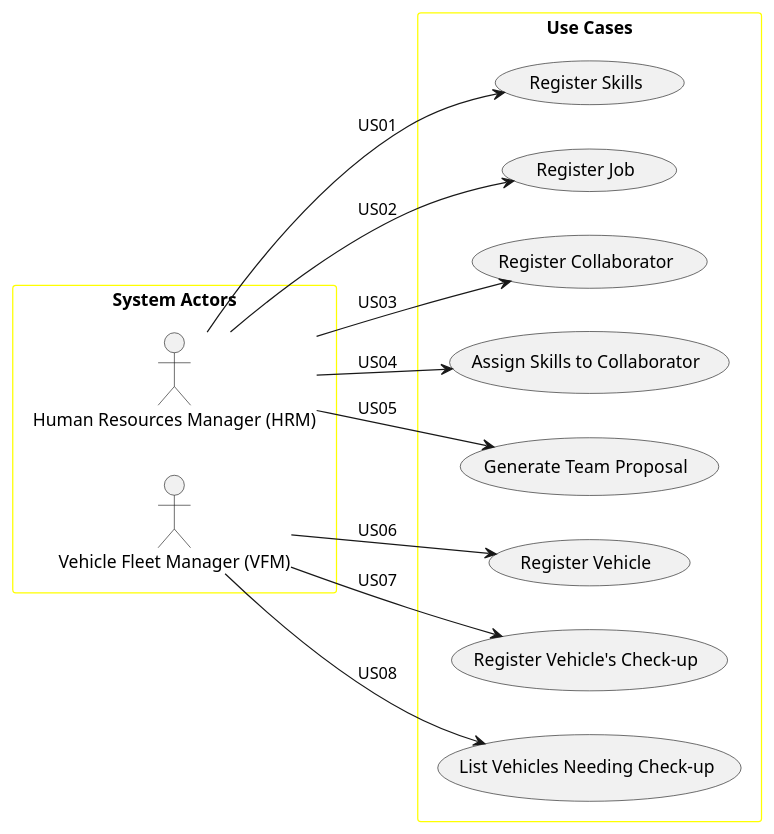
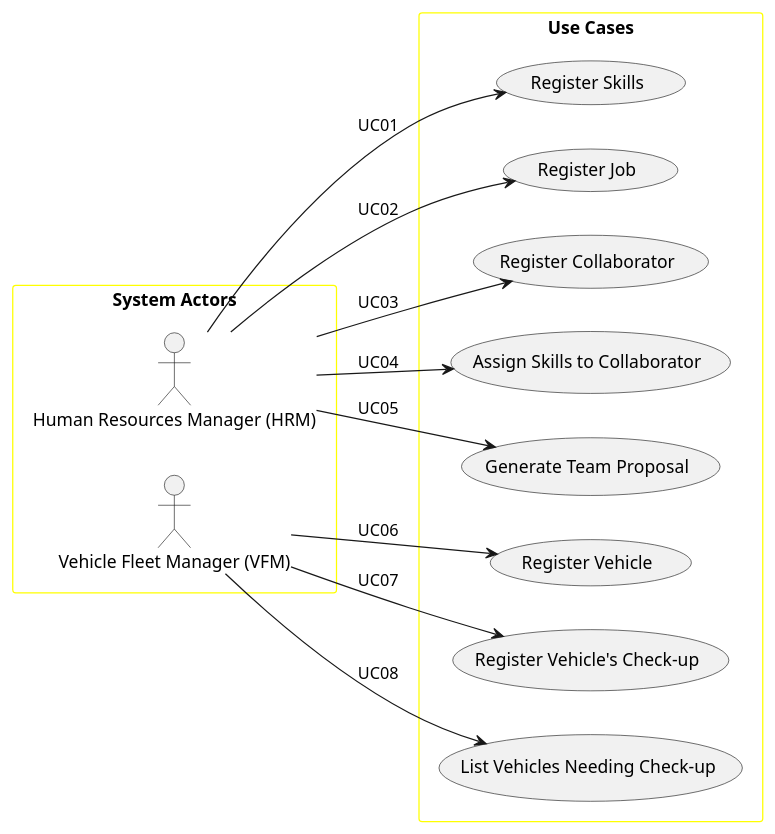
Before and after one commit to Departamento-de-Engenharia-Informatica/greenspace-management: the diagram in docs/sprintA/global-artifacts/01.requirements-engineering/puml/use-case-diagram.puml, drawn with PlantUML. The commit also changed 1 other file, not shown here.

Commit message:
UC Diagram corrigido

```diff
--- a/docs/sprintA/global-artifacts/01.requirements-engineering/puml/use-case-diagram.puml
+++ b/docs/sprintA/global-artifacts/01.requirements-engineering/puml/use-case-diagram.puml
@@ -1,40 +1,40 @@
 @startuml
 'skinparam monochrome true
 skinparam packageStyle rectangle
 'skinparam shadowing false
 
 skinparam rectangle{
     BorderColor yellow
 }
 
 left to right direction
 
 rectangle "System Actors" as actors {
     actor HRM as "Human Resources Manager (HRM)"
     actor VFM as "Vehicle Fleet Manager (VFM)"
 
 }
 
 rectangle "Use Cases" as usecases{
-    usecase US01 as "Register Skills"
-    usecase US02 as "Register Job"
-    usecase US03 as "Register Collaborator"
-    usecase US04 as "Assign Skills to Collaborator"
-    usecase US05 as "Generate Team Proposal"
-    usecase US06 as "Register Vehicle"
-    usecase US07 as "Register Vehicle's Check-up"
-    usecase US08 as "List Vehicles Needing Check-up"
+    usecase UC01 as "Register Skills"
+    usecase UC02 as "Register Job"
+    usecase UC03 as "Register Collaborator"
+    usecase UC04 as "Assign Skills to Collaborator"
+    usecase UC05 as "Generate Team Proposal"
+    usecase UC06 as "Register Vehicle"
+    usecase UC07 as "Register Vehicle's Check-up"
+    usecase UC08 as "List Vehicles Needing Check-up"
 }
 
 
-HRM --> US01 : US01
-HRM --> US02 : US02
-HRM --> US03 : US03
-HRM --> US04 : US04
-HRM --> US05 : US05
+HRM --> UC01 : UC01
+HRM --> UC02 : UC02
+HRM --> UC03 : UC03
+HRM --> UC04 : UC04
+HRM --> UC05 : UC05
 
-VFM --> US06 : US06
-VFM --> US07 : US07
-VFM --> US08 : US08
+VFM --> UC06 : UC06
+VFM --> UC07 : UC07
+VFM --> UC08 : UC08
 
 @enduml
```
